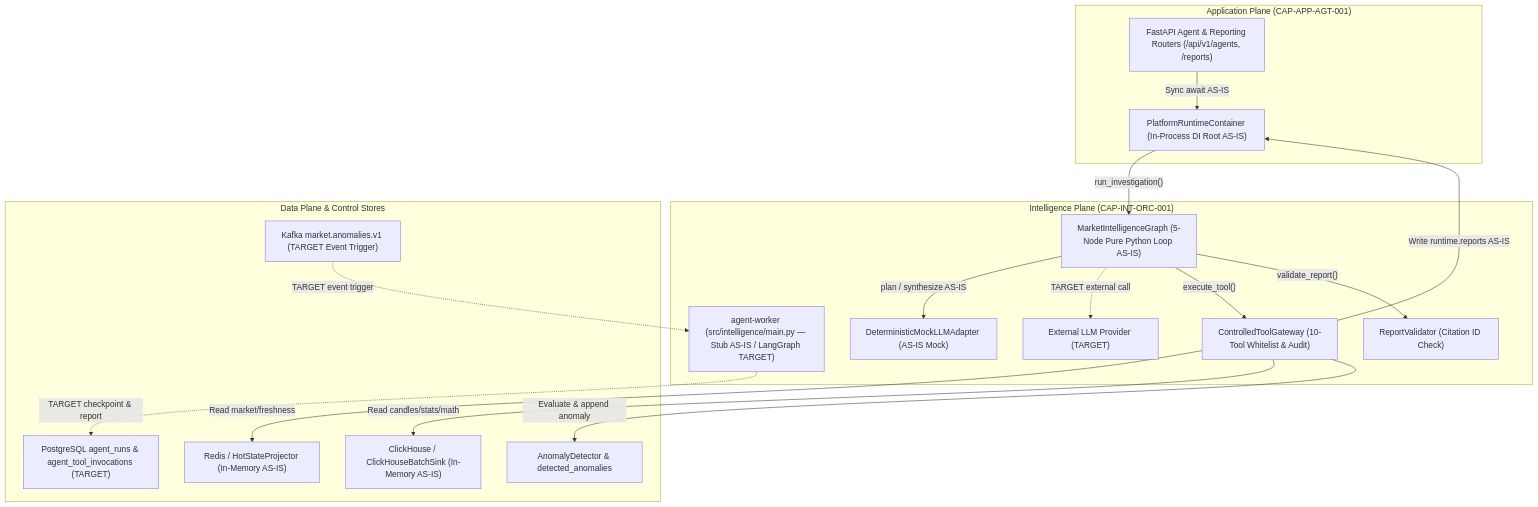
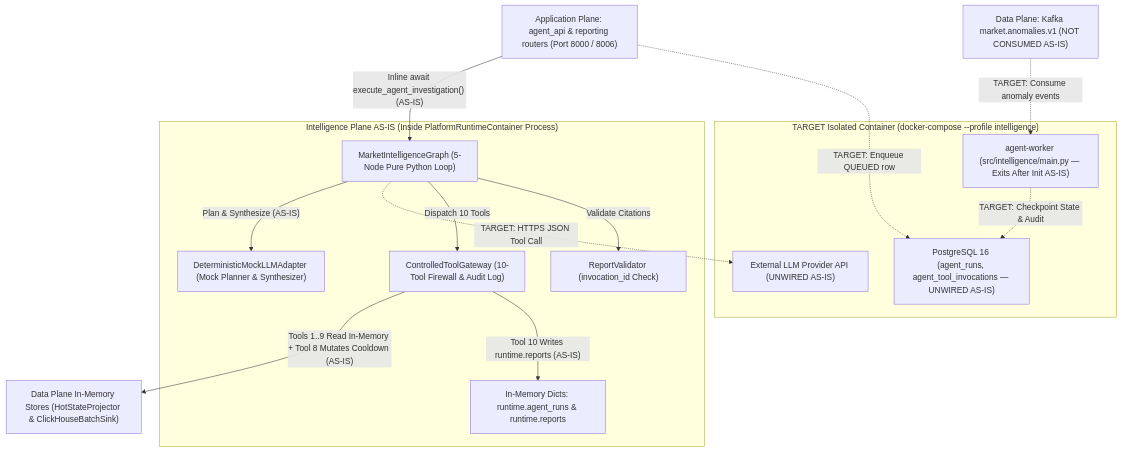
One commit to DungTran1201/FinancialMarketDataPlatform changed the diagram in docs/intelligence-plane/architecture/diagrams/intelligence-c4-container.md. Above: the diagram before and after it, drawn with Mermaid. The commit also changed other lines of this file and 55 other files, not shown here.

Commit message:
docs: add comprehensive architecture, workflows, and specifications for intelligence plane

````diff
--- a/docs/intelligence-plane/architecture/diagrams/intelligence-c4-container.md
+++ b/docs/intelligence-plane/architecture/diagrams/intelligence-c4-container.md
@@ -41,37 +45,34 @@
 ```mermaid
 flowchart TB
-    subgraph APP["Application Plane (CAP-APP-AGT-001)"]
-        API["FastAPI Agent & Reporting Routers (/api/v1/agents, /reports)"]
-        RT["PlatformRuntimeContainer (In-Process DI Root AS-IS)"]
+    app_api["Application Plane: agent_api & reporting routers (Port 8000 / 8006)"]
+    kafka_anom["Data Plane: Kafka market.anomalies.v1 (NOT CONSUMED AS-IS)"]
+
+    subgraph plane_c_asis["Intelligence Plane AS-IS (Inside PlatformRuntimeContainer Process)"]
+        graph_py["MarketIntelligenceGraph (5-Node Pure Python Loop)"]
+        mock_llm["DeterministicMockLLMAdapter (Mock Planner & Synthesizer)"]
+        gw["ControlledToolGateway (10-Tool Firewall & Audit Log)"]
+        val["ReportValidator (invocation_id Check)"]
+        mem_state["In-Memory Dicts: runtime.agent_runs & runtime.reports"]
     end
 
-    subgraph INT["Intelligence Plane (CAP-INT-ORC-001)"]
-        GRAPH["MarketIntelligenceGraph (5-Node Pure Python Loop AS-IS)"]
-        LLM_MOCK["DeterministicMockLLMAdapter (AS-IS Mock)"]
-        LLM_EXT["External LLM Provider (TARGET)"]
-        GW["ControlledToolGateway (10-Tool Whitelist & Audit)"]
-        VAL["ReportValidator (Citation ID Check)"]
-        WORKER["agent-worker (src/intelligence/main.py — Stub AS-IS / LangGraph TARGET)"]
+    subgraph plane_c_target["TARGET Isolated Container (docker-compose --profile intelligence)"]
+        worker_stub["agent-worker (src/intelligence/main.py — Exits After Init AS-IS)"]
+        ext_llm["External LLM Provider API (UNWIRED AS-IS)"]
+        pg_db["PostgreSQL 16 (agent_runs, agent_tool_invocations — UNWIRED AS-IS)"]
     end
 
-    subgraph DATA["Data Plane & Control Stores"]
-        REDIS["Redis / HotStateProjector (In-Memory AS-IS)"]
-        CH["ClickHouse / ClickHouseBatchSink (In-Memory AS-IS)"]
-        ANOM["AnomalyDetector & detected_anomalies"]
-        PG["PostgreSQL agent_runs & agent_tool_invocations (TARGET)"]
-        KAFKA["Kafka market.anomalies.v1 (TARGET Event Trigger)"]
-    end
+    dp_mem["Data Plane In-Memory Stores (HotStateProjector & ClickHouseBatchSink)"]
 
-    API -->|"Sync await AS-IS"| RT
-    RT -->|"run_investigation()"| GRAPH
-    GRAPH -->|"plan / synthesize AS-IS"| LLM_MOCK
-    GRAPH -.->|"TARGET external call"| LLM_EXT
-    GRAPH -->|"execute_tool()"| GW
-    GRAPH -->|"validate_report()"| VAL
-    GW -->|"Read market/freshness"| REDIS
-    GW -->|"Read candles/stats/math"| CH
-    GW -->|"Evaluate & append anomaly"| ANOM
-    GW -->|"Write runtime.reports AS-IS"| RT
-    KAFKA -.->|"TARGET event trigger"| WORKER
-    WORKER -.->|"TARGET checkpoint & report"| PG
+    app_api -->|"Inline await execute_agent_investigation() (AS-IS)"| graph_py
+    app_api -.->|"TARGET: Enqueue QUEUED row"| pg_db
+    kafka_anom -.->|"TARGET: Consume anomaly events"| worker_stub
+
+    graph_py -->|"Plan & Synthesize (AS-IS)"| mock_llm
+    graph_py -.->|"TARGET: HTTPS JSON Tool Call"| ext_llm
+    graph_py -->|"Dispatch 10 Tools"| gw
+    graph_py -->|"Validate Citations"| val
+
+    gw -->|"Tools 1..9 Read In-Memory + Tool 8 Mutates Cooldown (AS-IS)"| dp_mem
+    gw -->|"Tool 10 Writes runtime.reports (AS-IS)"| mem_state
+    worker_stub -.->|"TARGET: Checkpoint State & Audit"| pg_db
 ```
````
